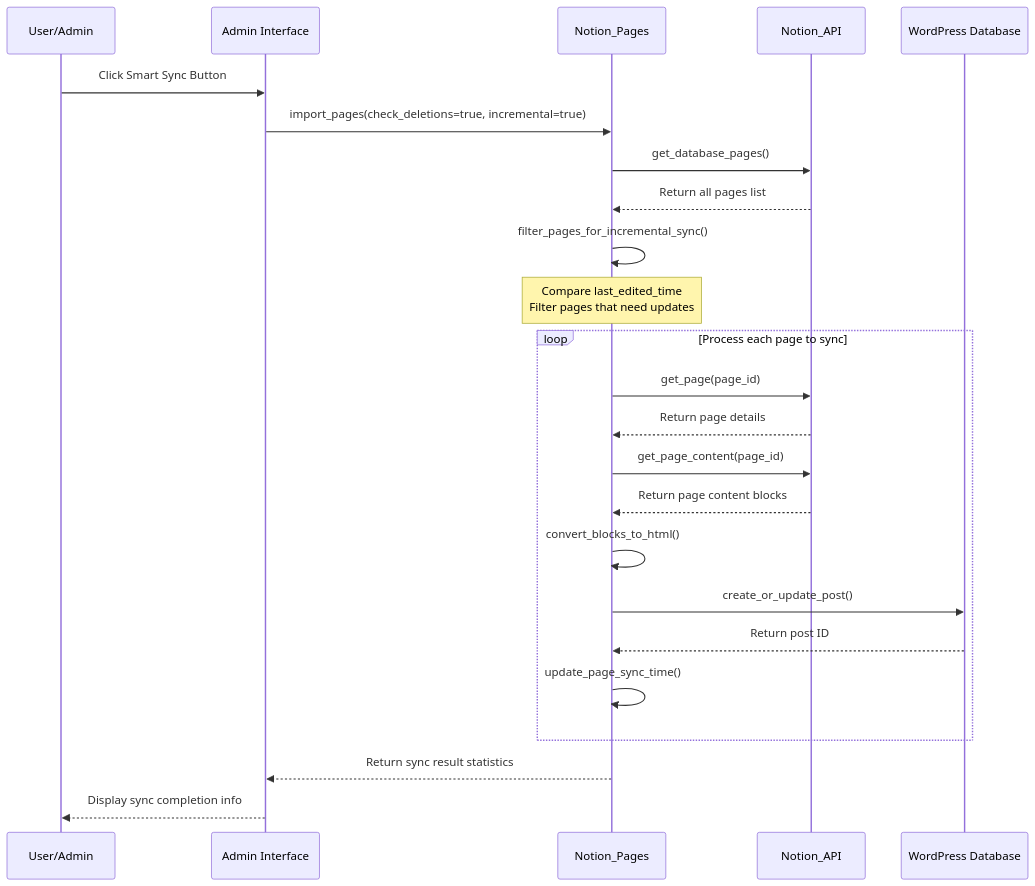
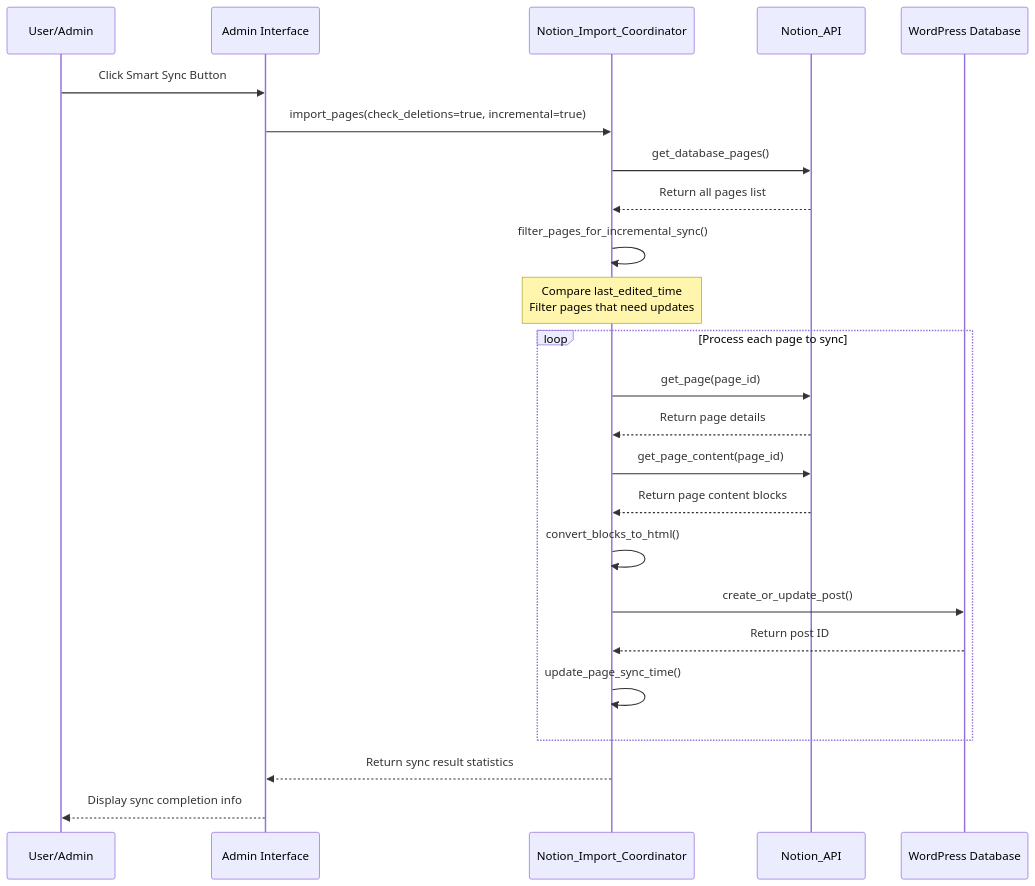
Before and after one commit to Frank-Loong/Notion-to-WordPress: the second of 4 diagrams in docs/DEVELOPER_GUIDE.md, drawn with Mermaid. The commit also changed other lines of this file and 26 other files, not shown here.

````diff
--- a/docs/DEVELOPER_GUIDE.md
+++ b/docs/DEVELOPER_GUIDE.md
@@ -222,29 +257,29 @@
 ```mermaid
 sequenceDiagram
     participant U as User/Admin
     participant A as Admin Interface
-    participant P as Notion_Pages
+    participant IC as Notion_Import_Coordinator
     participant API as Notion_API
     participant WP as WordPress Database
 
     U->>A: Click Smart Sync Button
-    A->>P: import_pages(check_deletions=true, incremental=true)
-    P->>API: get_database_pages()
-    API-->>P: Return all pages list
-    P->>P: filter_pages_for_incremental_sync()
-    Note over P: Compare last_edited_time<br/>Filter pages that need updates
+    A->>IC: import_pages(check_deletions=true, incremental=true)
+    IC->>API: get_database_pages()
+    API-->>IC: Return all pages list
+    IC->>IC: filter_pages_for_incremental_sync()
+    Note over IC: Compare last_edited_time<br/>Filter pages that need updates
 
     loop Process each page to sync
-        P->>API: get_page(page_id)
-        API-->>P: Return page details
-        P->>API: get_page_content(page_id)
-        API-->>P: Return page content blocks
-        P->>P: convert_blocks_to_html()
-        P->>WP: create_or_update_post()
-        WP-->>P: Return post ID
-        P->>P: update_page_sync_time()
+        IC->>API: get_page(page_id)
+        API-->>IC: Return page details
+        IC->>API: get_page_content(page_id)
+        API-->>IC: Return page content blocks
+        IC->>IC: convert_blocks_to_html()
+        IC->>WP: create_or_update_post()
+        WP-->>IC: Return post ID
+        IC->>IC: update_page_sync_time()
     end
 
-    P-->>A: Return sync result statistics
+    IC-->>A: Return sync result statistics
     A-->>U: Display sync completion info
 ```
````
